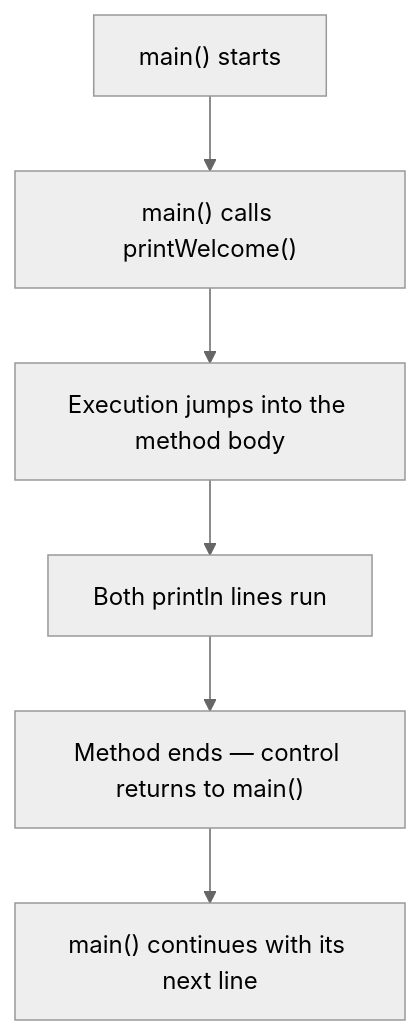
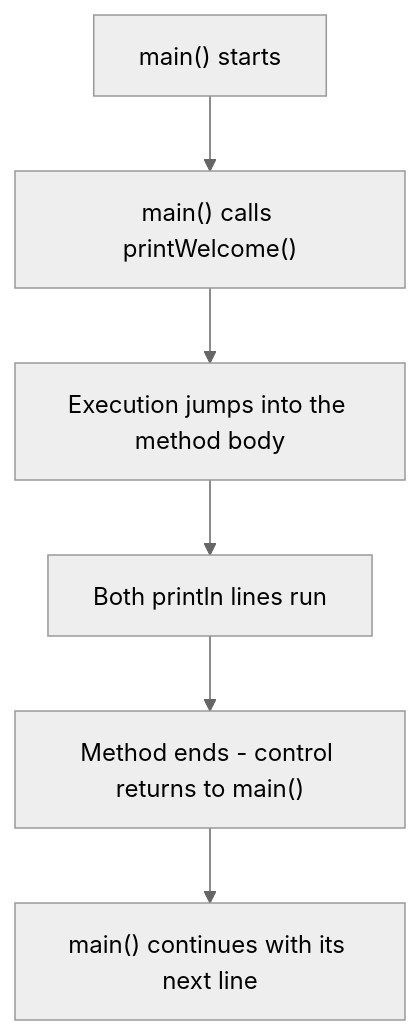
The first of 4 diagrams in labs/src/ie/atu/methods/README.md (danielcregg/object-oriented-computing), drawn with Mermaid (neutral theme) before and after one commit. The commit also changed other lines of this file and 33 other files, not shown here.

````diff
--- a/labs/src/ie/atu/methods/README.md
+++ b/labs/src/ie/atu/methods/README.md
@@ -77,8 +77,8 @@
 ```mermaid
 flowchart TD
     A["main() starts"] --> B["main() calls printWelcome()"]
     B --> C["Execution jumps into the method body"]
     C --> D["Both println lines run"]
-    D --> E["Method ends — control returns to main()"]
+    D --> E["Method ends - control returns to main()"]
     E --> F["main() continues with its next line"]
 ```
````
